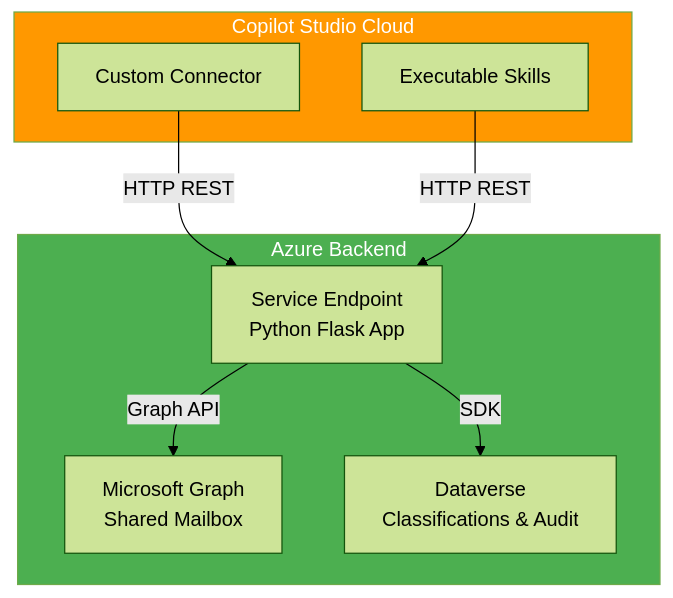
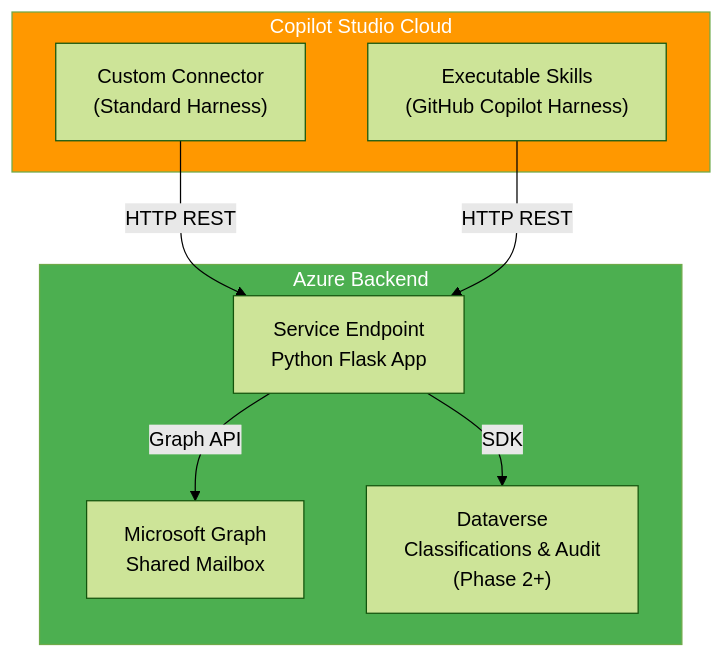
The diagram in README.md (holgerimbery/bridge365), drawn with Mermaid (forest theme) before and after one commit. The commit also changed other lines of this file, not shown here.

First line of the commit message:
Docs: Mark implemented features vs roadmap in README

````diff
--- a/README.md
+++ b/README.md
@@ -38,19 +204,19 @@
 ```mermaid
 graph TB
     subgraph CopilotStudio["Copilot Studio Cloud"]
-        CONN["Custom Connector"]
-        EXSKILL["Executable Skills"]
+        CONN["Custom Connector<br/>(Standard Harness)"]
+        EXSKILL["Executable Skills<br/>(GitHub Copilot Harness)"]
     end
     
     CONN -->|HTTP REST| BACKEND
     EXSKILL -->|HTTP REST| BACKEND
     
     subgraph Azure["Azure Backend"]
         BACKEND["Service Endpoint<br/>Python Flask App"]
         BACKEND -->|Graph API| GRAPH["Microsoft Graph<br/>Shared Mailbox"]
-        BACKEND -->|SDK| DV["Dataverse<br/>Classifications & Audit"]
+        BACKEND -->|SDK| DV["Dataverse<br/>Classifications & Audit<br/>(Phase 2+)"]
     end
     
     style CopilotStudio fill:#FF9800,color:#fff
     style Azure fill:#4CAF50,color:#fff
 ```
````
